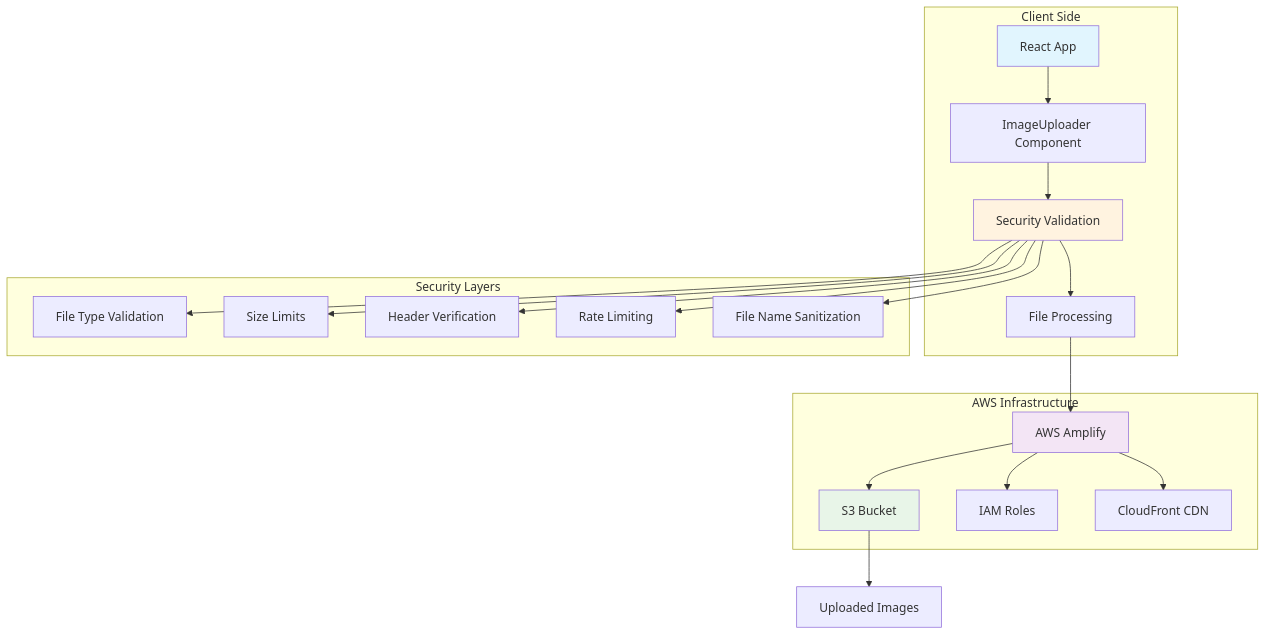
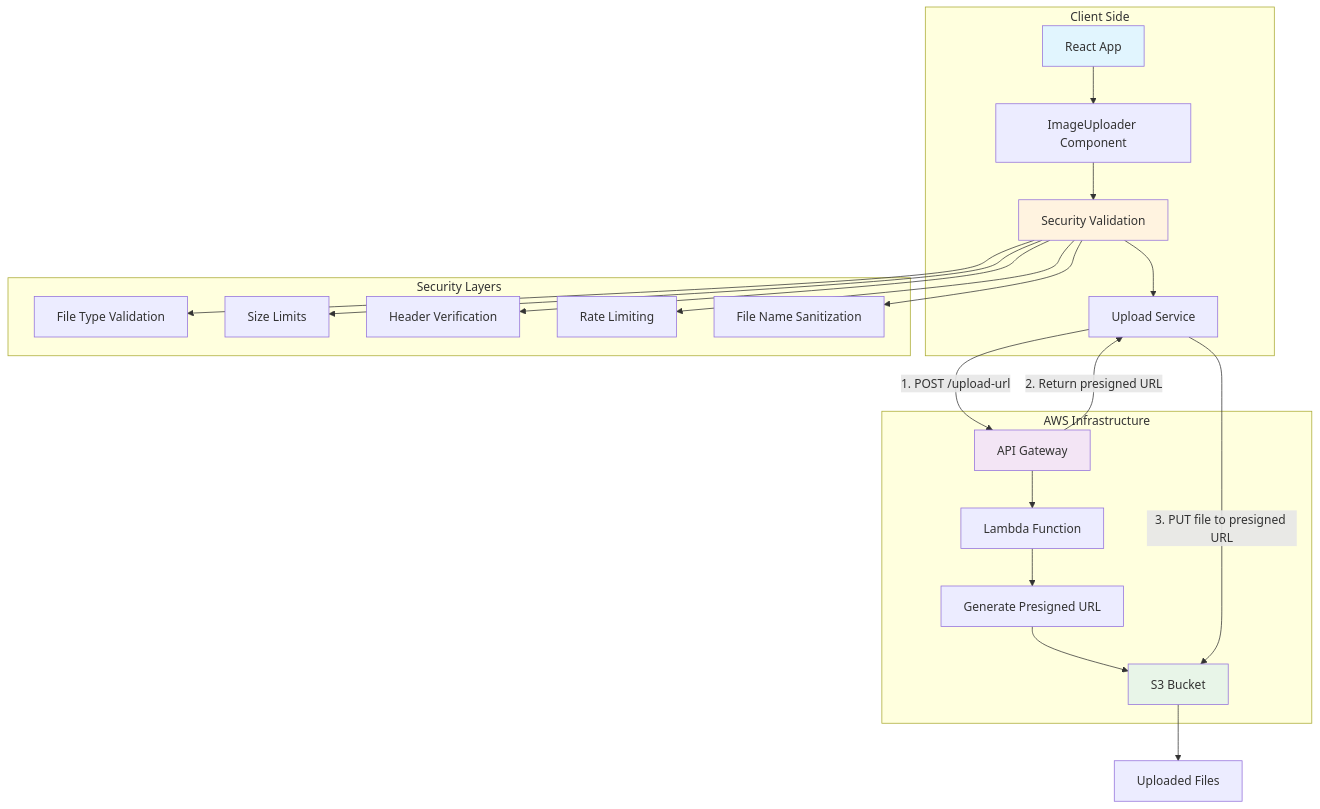
The first of 2 diagrams in README.md (Hieu-to-900/QDBN-dashboard), drawn with Mermaid before and after one commit. The commit also changed other lines of this file and 12 other files, not shown here.

````diff
--- a/README.md
+++ b/README.md
@@ -66,36 +58,38 @@
 ```mermaid
 graph TB
     subgraph "Client Side"
         A[React App] --> B[ImageUploader Component]
         B --> C[Security Validation]
-        C --> D[File Processing]
+        C --> D[Upload Service]
     end
     
     subgraph "AWS Infrastructure"
-        E[AWS Amplify] --> F[S3 Bucket]
-        E --> G[IAM Roles]
-        E --> H[CloudFront CDN]
+        E[API Gateway] --> F[Lambda Function]
+        F --> G[Generate Presigned URL]
+        G --> H[S3 Bucket]
     end
     
-    D --> E
-    F --> I[Uploaded Images]
+    D -->|1. POST /upload-url| E
+    E -->|2. Return presigned URL| D
+    D -->|3. PUT file to presigned URL| H
+    H --> I[Uploaded Files]
     
     subgraph "Security Layers"
         J[File Type Validation]
         K[Size Limits]
         L[Header Verification]
         M[Rate Limiting]
         N[File Name Sanitization]
     end
     
     C --> J
     C --> K
     C --> L
     C --> M
     C --> N
 
     style A fill:#e1f5fe
     style E fill:#f3e5f5
-    style F fill:#e8f5e8
+    style H fill:#e8f5e8
     style C fill:#fff3e0
 ```
````
